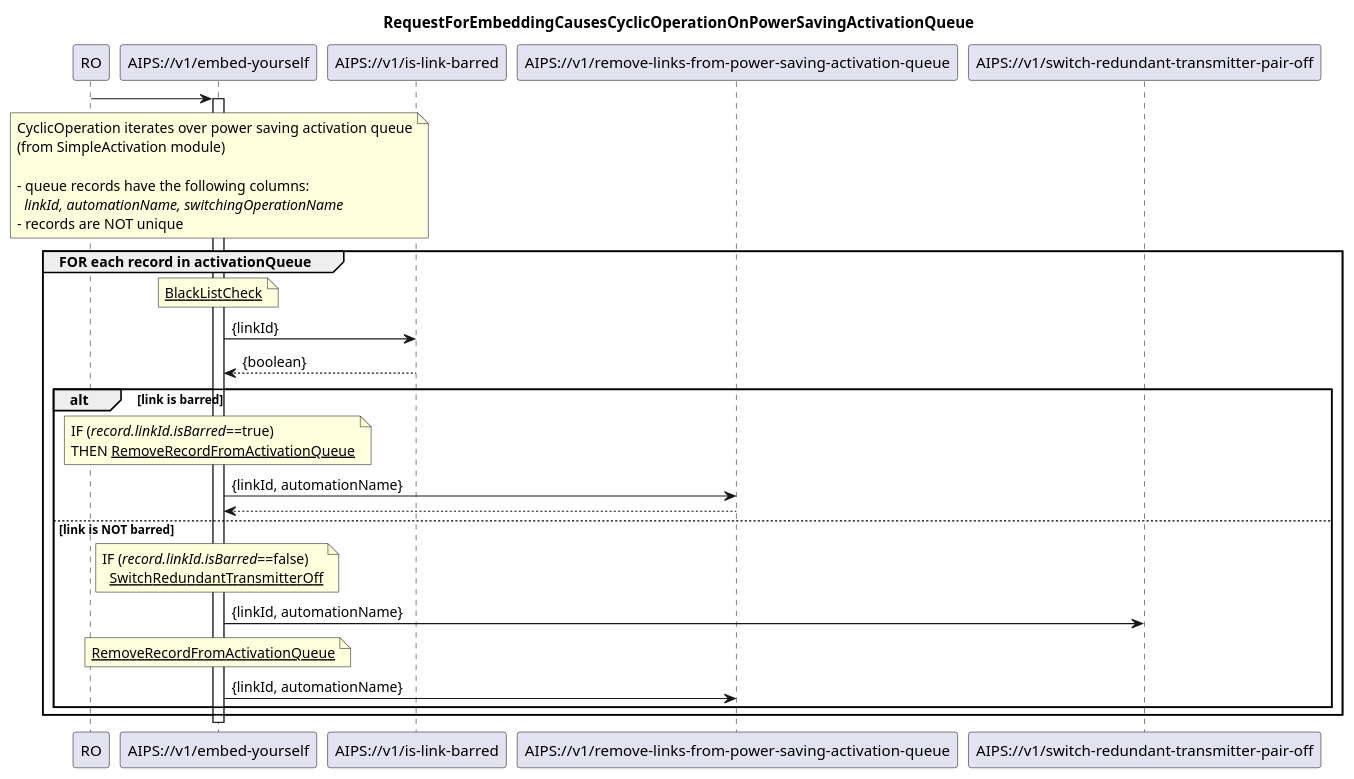
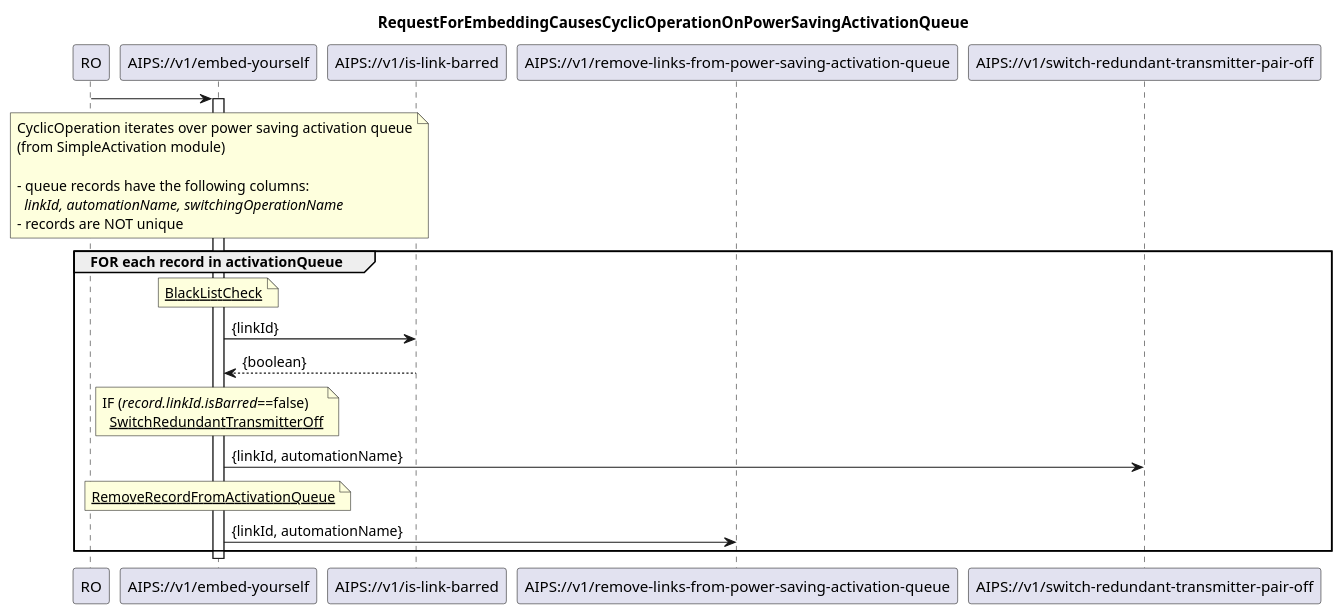
One commit to openBackhaul/AirInterfacePowerSaver changed the diagram in spec/diagrams/04_LinkGroupRelatedSwitchingOperation/4xx_cyclicOperationOnPowerSavingActivationQueue.plantuml. Above: the diagram before and after it, drawn with PlantUML. The commit also changed 2 other files, not shown here.

```diff
--- a/spec/diagrams/04_LinkGroupRelatedSwitchingOperation/4xx_cyclicOperationOnPowerSavingActivationQueue.plantuml
+++ b/spec/diagrams/04_LinkGroupRelatedSwitchingOperation/4xx_cyclicOperationOnPowerSavingActivationQueue.plantuml
@@ -1,66 +1,57 @@
 @startuml 4xx_cyclicOperationOnPowerSavingActivationQueue
 skinparam responseMessageBelowArrow true
 
 title
 RequestForEmbeddingCausesCyclicOperationOnPowerSavingActivationQueue
 end title
 
 participant "RO" as ro
 participant "AIPS://v1/embed-yourself" as embedYourself
 participant "AIPS://v1/is-link-barred" as isLinkBarred
 participant "AIPS://v1/remove-links-from-power-saving-activation-queue" as removeFromQueue
 participant "AIPS://v1/switch-redundant-transmitter-pair-off" as redundantTransmittersOff
 
 
 ro -> embedYourself
 
 'cyclic operation starts
 note over embedYourself
   CyclicOperation iterates over power saving activation queue
   (from SimpleActivation module)
 
   - queue records have the following columns:
     <i>linkId, automationName, switchingOperationName</i>
   - records are NOT unique
 end note
 
 activate embedYourself
 
 'iterate over queue
 group FOR each record in activationQueue
   ' get the blackList status for the link
   note over embedYourself
       <u>BlackListCheck</u>
   end note
   embedYourself -> isLinkBarred: {linkId}
   isLinkBarred --> embedYourself: {boolean}
 
-  'if link is on blackList remove entry from queue, automationName irrelevant here
-  alt link is barred
-    note over embedYourself
-      IF (<i>record.linkId.isBarred</i>==true)
-      THEN <u>RemoveRecordFromActivationQueue</u>
-    end note
-    embedYourself -> removeFromQueue: {linkId, automationName}
-    removeFromQueue --> embedYourself
-  
-  else link is NOT barred
-    'if link is not in blackList
-    note over embedYourself
-      IF (<i>record.linkId.isBarred</i>==false)
-        <u>SwitchRedundantTransmitterOff</u>
-    end note
-    embedYourself -> redundantTransmittersOff: {linkId, automationName}
 
-    'remove record from queue (no retries)
-    note over embedYourself
-      <u>RemoveRecordFromActivationQueue</u>
-    end note
-    embedYourself -> removeFromQueue: {linkId, automationName}
+  'if link is not in blackList
+  note over embedYourself
+    IF (<i>record.linkId.isBarred</i>==false)
+      <u>SwitchRedundantTransmitterOff</u>
+  end note
+  embedYourself -> redundantTransmittersOff: {linkId, automationName}
 
-  end
+
+  'remove from the activationQueue anyway (i.e. if link is in blackList or not)
+  note over embedYourself
+    <u>RemoveRecordFromActivationQueue</u>
+  end note
+  embedYourself -> removeFromQueue: {linkId, automationName}
+
 end
 
 deactivate embedYourself
 
 @enduml
```
